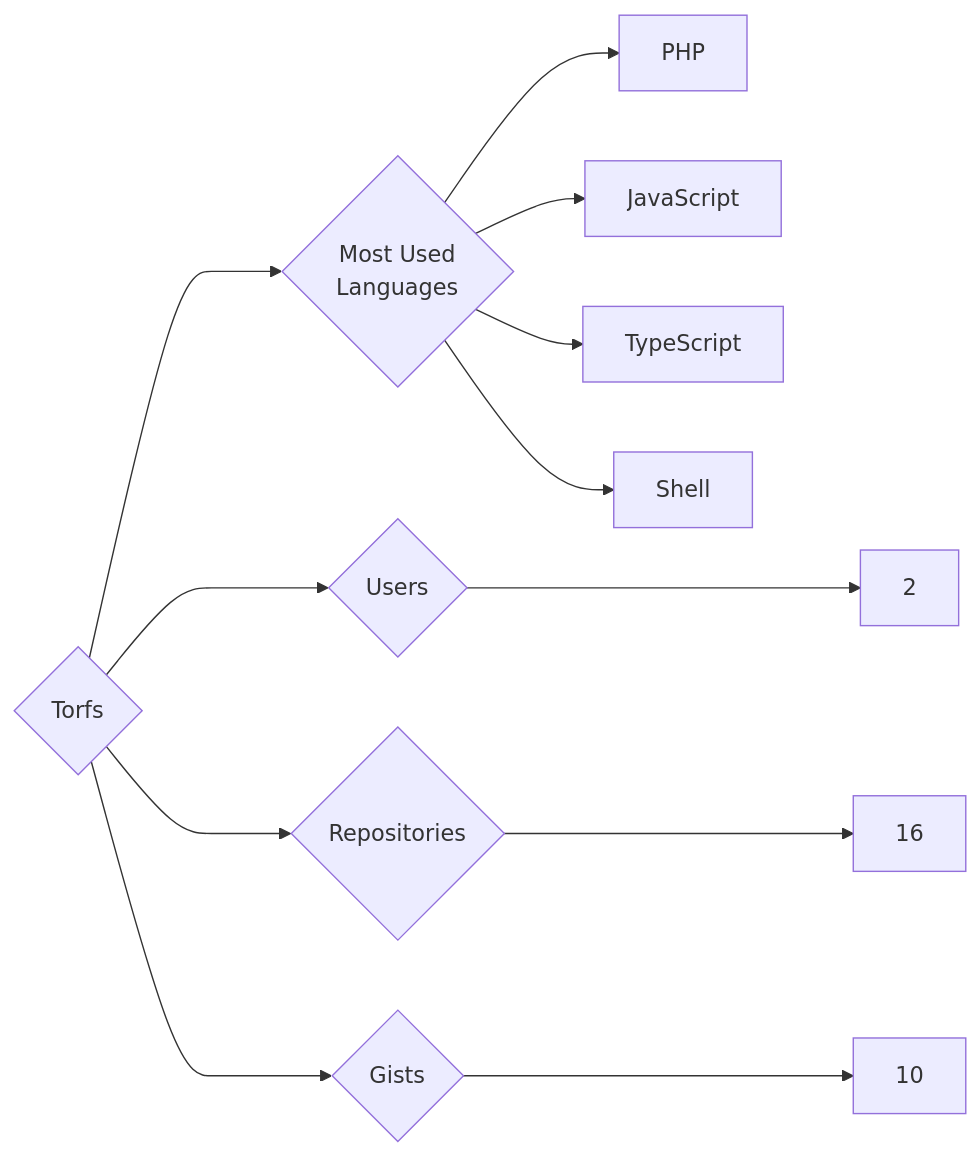
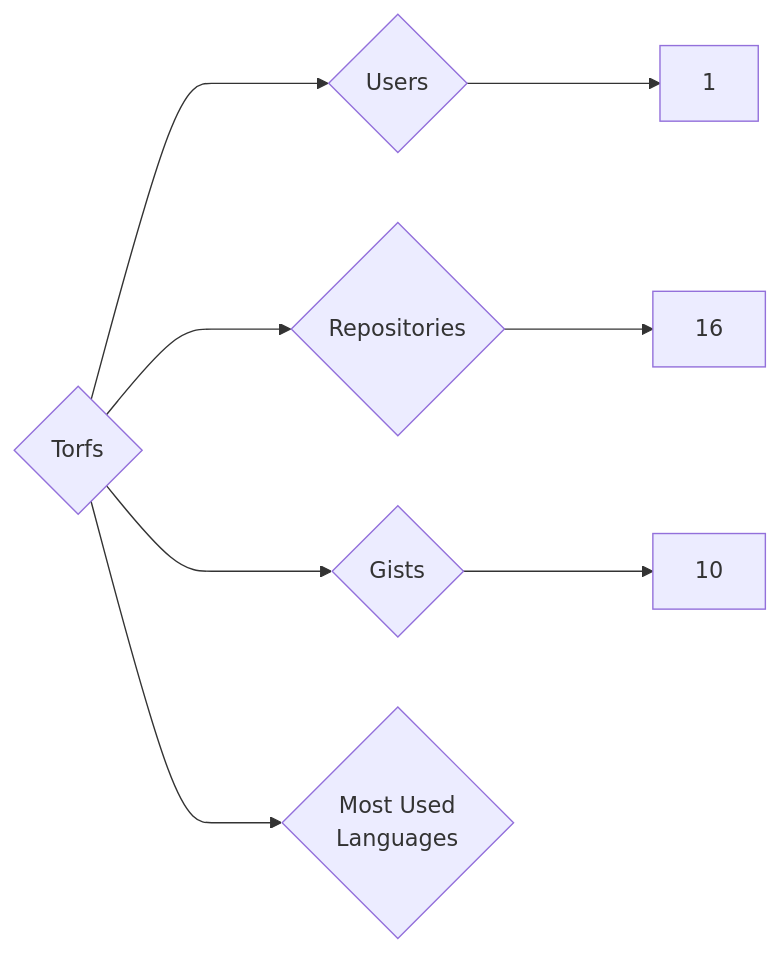
Before and after one commit to trickest/insiders: the diagram in targets/Torfs/README.md, drawn with Mermaid. The commit also changed 1496 other files, not shown here.

````diff
--- a/targets/Torfs/README.md
+++ b/targets/Torfs/README.md
@@ -3,12 +3,8 @@
 ```mermaid
 graph LR
 COMPANY_NAME{Torfs}
-COMPANY_NAME ---> U{Users} ---> UN[2]
+COMPANY_NAME ---> U{Users} ---> UN[1]
 COMPANY_NAME ---> R{Repositories} ---> RN[16]
 COMPANY_NAME ---> G{Gists} ---> GN[10]
 COMPANY_NAME ---> ML{Most Used<br>Languages}
-ML --> PHP[PHP]
-ML --> JavaScript[JavaScript]
-ML --> TypeScript[TypeScript]
-ML --> Shell[Shell]
 ```
````
